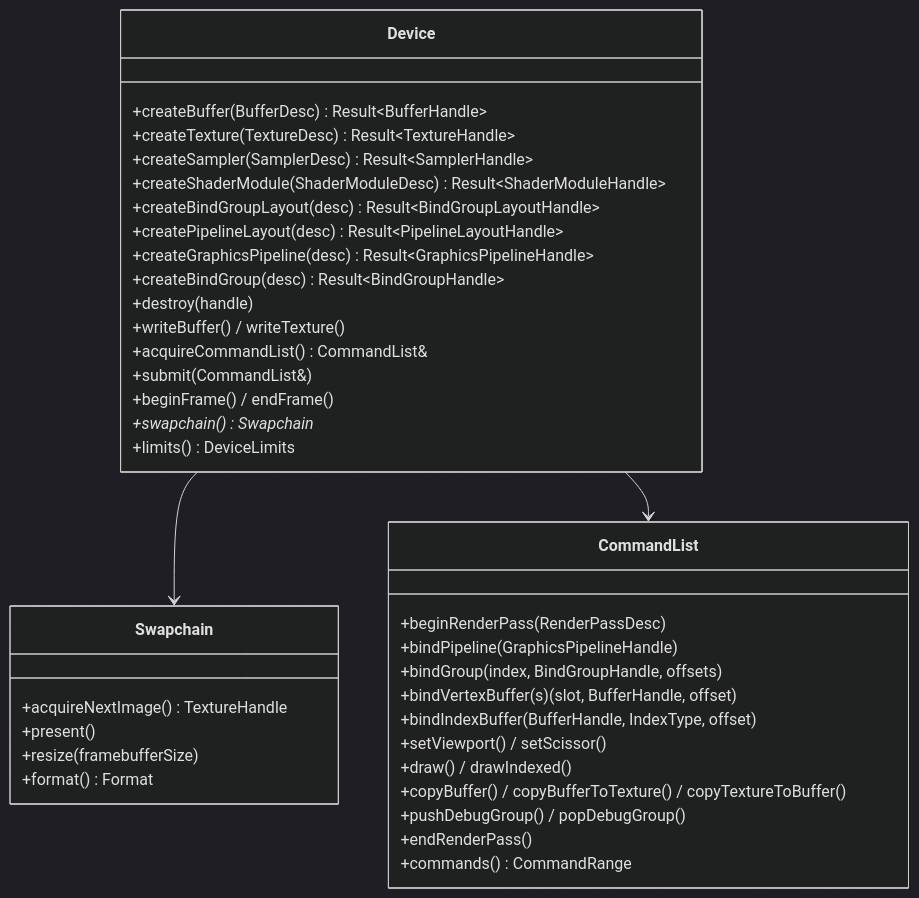
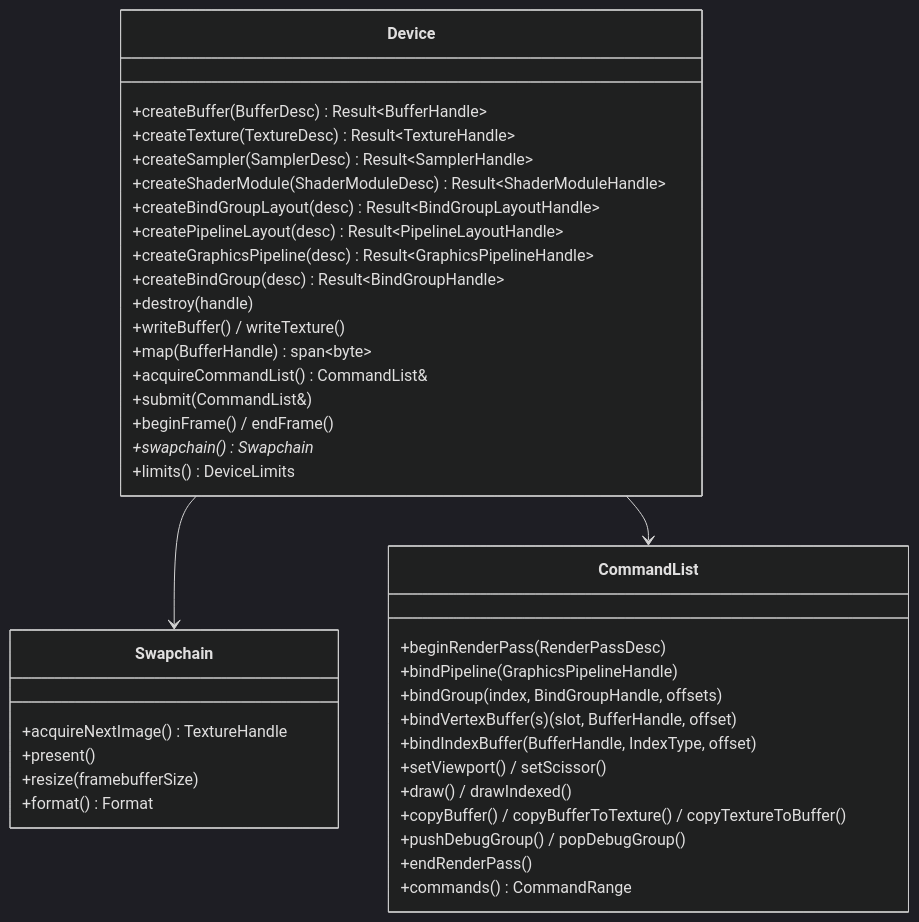
One commit to fyernald/teserra changed the first of 3 diagrams in docs/architecture/rhi.md. Above: the diagram before and after it, drawn with Mermaid (dark theme). The commit also changed other lines of this file and 15 other files, not shown here.

First line of the commit message:
feat(rhi): buffers with writeBuffer, persistent map and OpenGL storage (#175)

````diff
--- a/docs/architecture/rhi.md
+++ b/docs/architecture/rhi.md
@@ -18,41 +18,42 @@
 ```mermaid
 classDiagram
     class Device {
       +createBuffer(BufferDesc) Result~BufferHandle~
       +createTexture(TextureDesc) Result~TextureHandle~
       +createSampler(SamplerDesc) Result~SamplerHandle~
       +createShaderModule(ShaderModuleDesc) Result~ShaderModuleHandle~
       +createBindGroupLayout(desc) Result~BindGroupLayoutHandle~
       +createPipelineLayout(desc) Result~PipelineLayoutHandle~
       +createGraphicsPipeline(desc) Result~GraphicsPipelineHandle~
       +createBindGroup(desc) Result~BindGroupHandle~
       +destroy(handle)
       +writeBuffer() / writeTexture()
+      +map(BufferHandle) span~byte~
       +acquireCommandList() CommandList&
       +submit(CommandList&)
       +beginFrame() / endFrame()
       +swapchain() Swapchain*
       +limits() DeviceLimits
     }
     class Swapchain {
       +acquireNextImage() TextureHandle
       +present()
       +resize(framebufferSize)
       +format() Format
     }
     class CommandList {
       +beginRenderPass(RenderPassDesc)
       +bindPipeline(GraphicsPipelineHandle)
       +bindGroup(index, BindGroupHandle, offsets)
       +bindVertexBuffer(s)(slot, BufferHandle, offset)
       +bindIndexBuffer(BufferHandle, IndexType, offset)
       +setViewport() / setScissor()
       +draw() / drawIndexed()
       +copyBuffer() / copyBufferToTexture() / copyTextureToBuffer()
       +pushDebugGroup() / popDebugGroup()
       +endRenderPass()
       +commands() CommandRange
     }
     Device --> Swapchain
     Device --> CommandList
 ```
````
